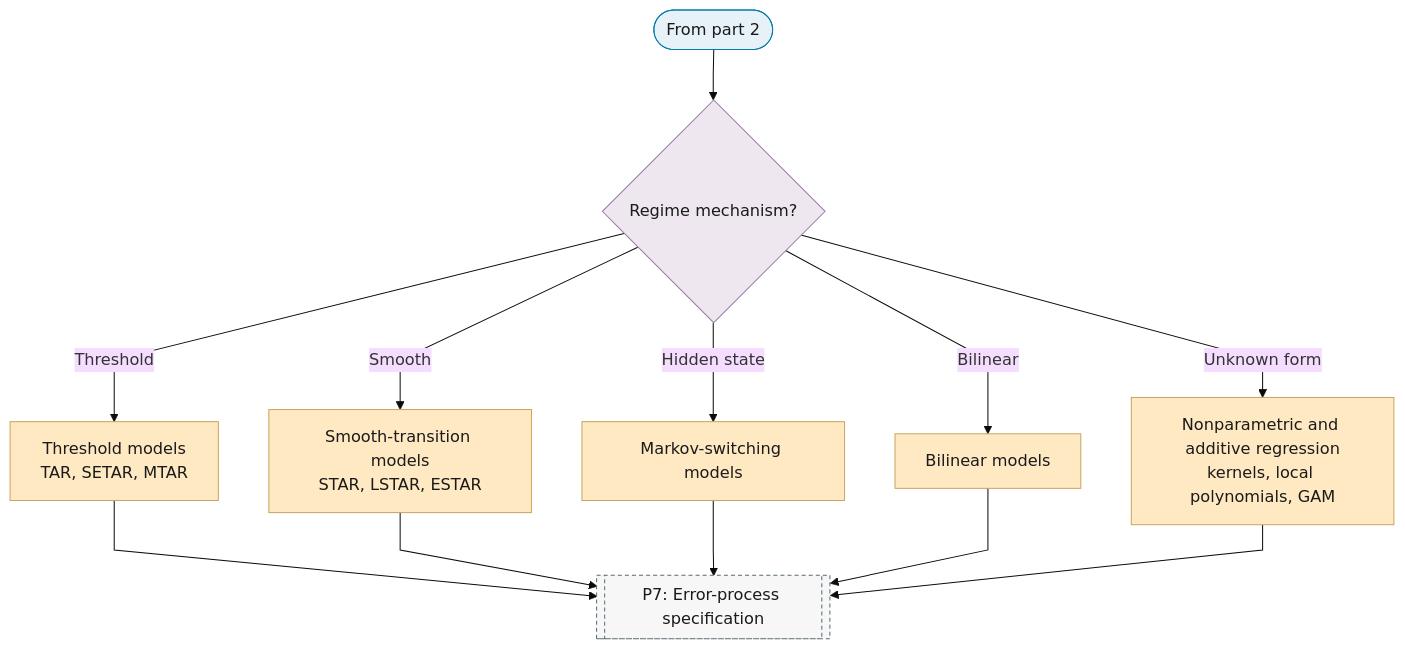
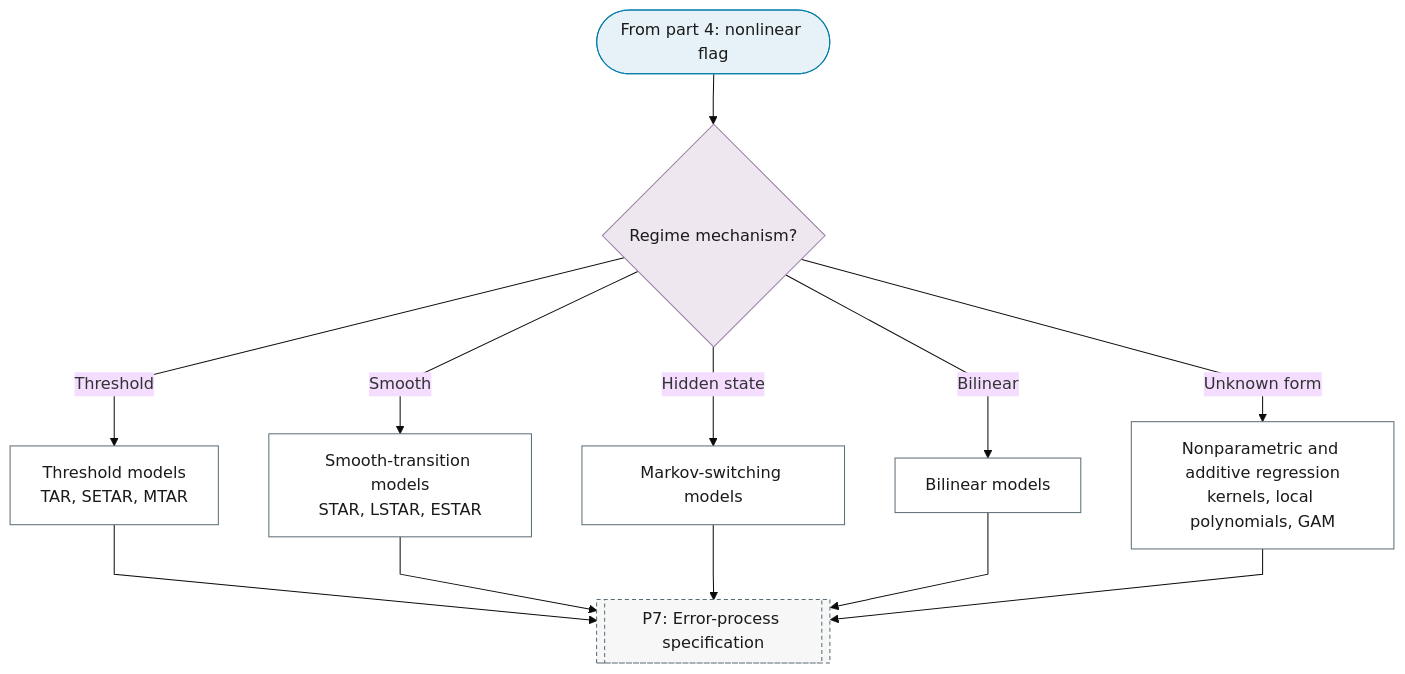
Before and after one commit to Shuxin-Y/time-series-analysis-manual: the sixth of 10 diagrams in docs/01-workflow/p06-mean-model-class.md, drawn with Mermaid (base theme). The commit also changed other lines of this file, not shown here.

First line of the commit message:
fix(flowchart): P6 routes on one flag at a time and offers BVAR to multivariate readers

````diff
--- a/docs/01-workflow/p06-mean-model-class.md
+++ b/docs/01-workflow/p06-mean-model-class.md
@@ -94,23 +160,23 @@
 ```mermaid
 %%{init: {"flowchart": {"curve": "linear"}}}%%
 graph TD
-    P6_PART_3_IN(["From part 2"]) --> P6_NONLINEAR_FAMILY{"Regime mechanism?"}
+    P6_PART_6_IN(["From part 4: nonlinear flag"]) --> P6_NONLINEAR_FAMILY{"Regime mechanism?"}
     P6_NONLINEAR_FAMILY -->|"Threshold"| P6_THRESHOLD["Threshold models<br/>TAR, SETAR, MTAR"]
     P6_NONLINEAR_FAMILY -->|"Smooth"| P6_SMOOTH_TRANSITION["Smooth-transition models<br/>STAR, LSTAR, ESTAR"]
     P6_NONLINEAR_FAMILY -->|"Hidden state"| P6_MARKOV_SWITCHING["Markov-switching models"]
     P6_NONLINEAR_FAMILY -->|"Bilinear"| P6_BILINEAR["Bilinear models"]
     P6_NONLINEAR_FAMILY -->|"Unknown form"| P6_NONPARAMETRIC["Nonparametric and additive regression<br/>kernels, local polynomials, GAM"]
     P6_THRESHOLD & P6_SMOOTH_TRANSITION & P6_MARKOV_SWITCHING & P6_BILINEAR & P6_NONPARAMETRIC --> P7[["P7: Error-process specification"]]
-    class P6_PART_3_IN terminator
+    class P6_PART_6_IN terminator
     class P6_NONLINEAR_FAMILY decision
-    class P6_THRESHOLD,P6_SMOOTH_TRANSITION,P6_MARKOV_SWITCHING,P6_BILINEAR,P6_NONPARAMETRIC escalate
+    class P6_THRESHOLD,P6_SMOOTH_TRANSITION,P6_MARKOV_SWITCHING,P6_BILINEAR,P6_NONPARAMETRIC process
     class P7 ref
     classDef terminator fill:#E6F2F7,stroke:#007BA7,color:#1A1A1A;
     classDef process fill:#FFFFFF,stroke:#5A6B73,color:#1A1A1A;
     classDef decision fill:#EFE7F0,stroke:#9B7FA7,color:#1A1A1A;
     classDef data fill:#FFF4E0,stroke:#C9A55E,color:#1A1A1A;
     classDef good fill:#DCEFD8,stroke:#4A7A3F,color:#1A1A1A;
     classDef escalate fill:#FFE9C2,stroke:#C9A55E,color:#1A1A1A;
     classDef problem fill:#F2D9DE,stroke:#800020,color:#1A1A1A;
     classDef ref fill:#F7F7F7,stroke:#5A6B73,color:#1A1A1A,stroke-dasharray:4 3;
 ```
````
